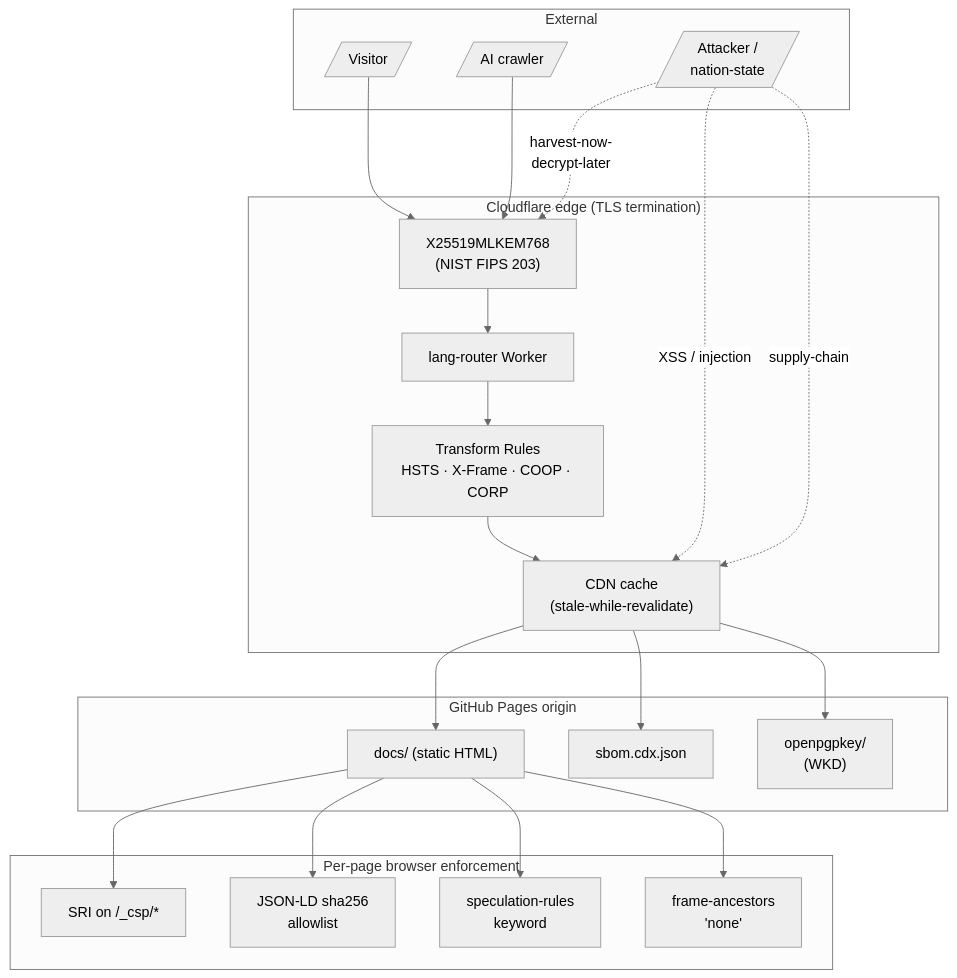
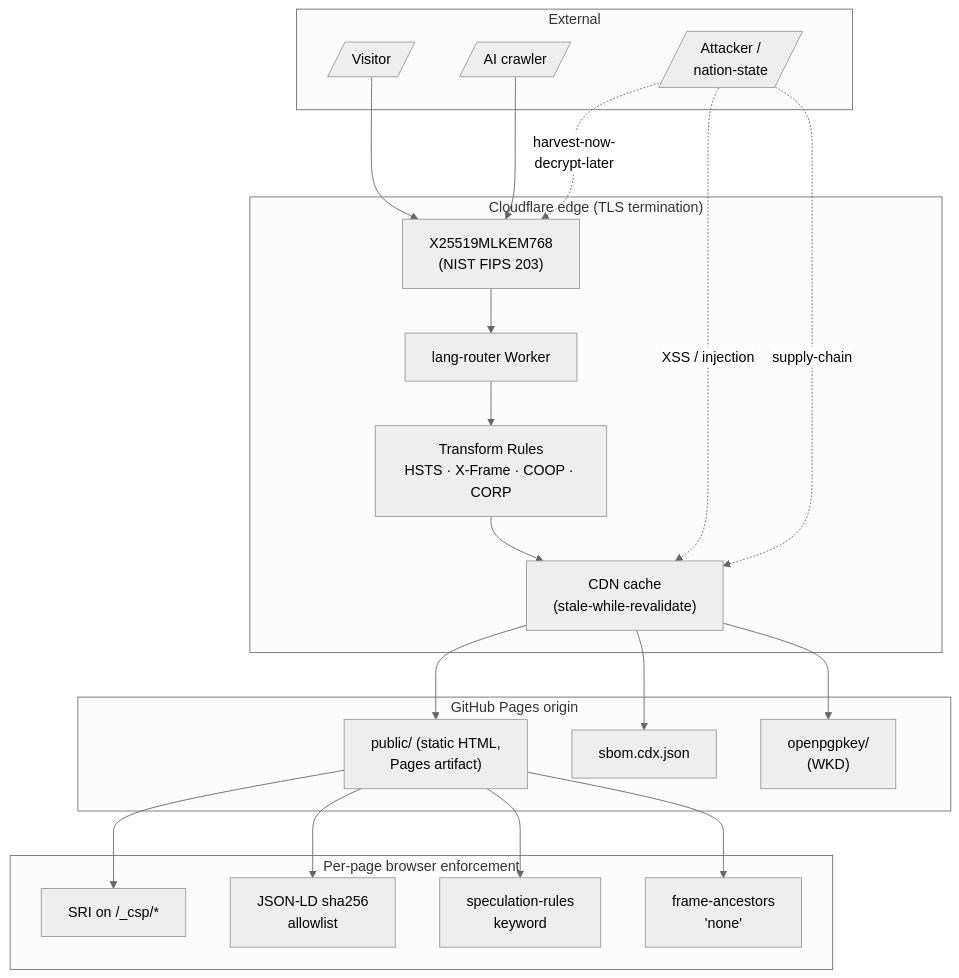
The diagram in project-docs/security.md (sebastienrousseau/sebastienrousseau.github.io), drawn with Mermaid before and after one commit. The commit also changed 5151 other files, not shown here.

````diff
--- a/project-docs/security.md
+++ b/project-docs/security.md
@@ -15,45 +15,45 @@
 ```mermaid
 %%{init: {'theme':'neutral'} }%%
 graph TB
  subgraph EXT["External"]
  V[/"Visitor"/]
  AI[/"AI crawler"/]
  ATK[/"Attacker /<br/>nation-state"/]
  end
 
  subgraph EDGE["Cloudflare edge (TLS termination)"]
  PQ["X25519MLKEM768<br/>(NIST FIPS 203)"]
  CFW["lang-router Worker"]
  TR["Transform Rules<br/>HSTS · X-Frame · COOP · CORP"]
  CDN["CDN cache<br/>(stale-while-revalidate)"]
  end
 
  subgraph ORIG["GitHub Pages origin"]
- H["docs/ (static HTML)"]
+ H["public/ (static HTML,<br/>Pages artifact)"]
  SBOM["sbom.cdx.json"]
  WKD["openpgpkey/<br/>(WKD)"]
  end
 
  subgraph CSP["Per-page browser enforcement"]
  SRI["SRI on /_csp/*"]
  JLD["JSON-LD sha256<br/>allowlist"]
  SR["speculation-rules<br/>keyword"]
  FA["frame-ancestors<br/>'none'"]
  end
 
  V --> PQ
  AI --> PQ
  ATK -.->|harvest-now-<br/>decrypt-later| PQ
  ATK -.->|XSS / injection| CDN
  ATK -.->|supply-chain| CDN
  PQ --> CFW
  CFW --> TR
  TR --> CDN
  CDN --> H
  CDN --> SBOM
  CDN --> WKD
  H --> SRI
  H --> JLD
  H --> SR
  H --> FA
  ```
````
